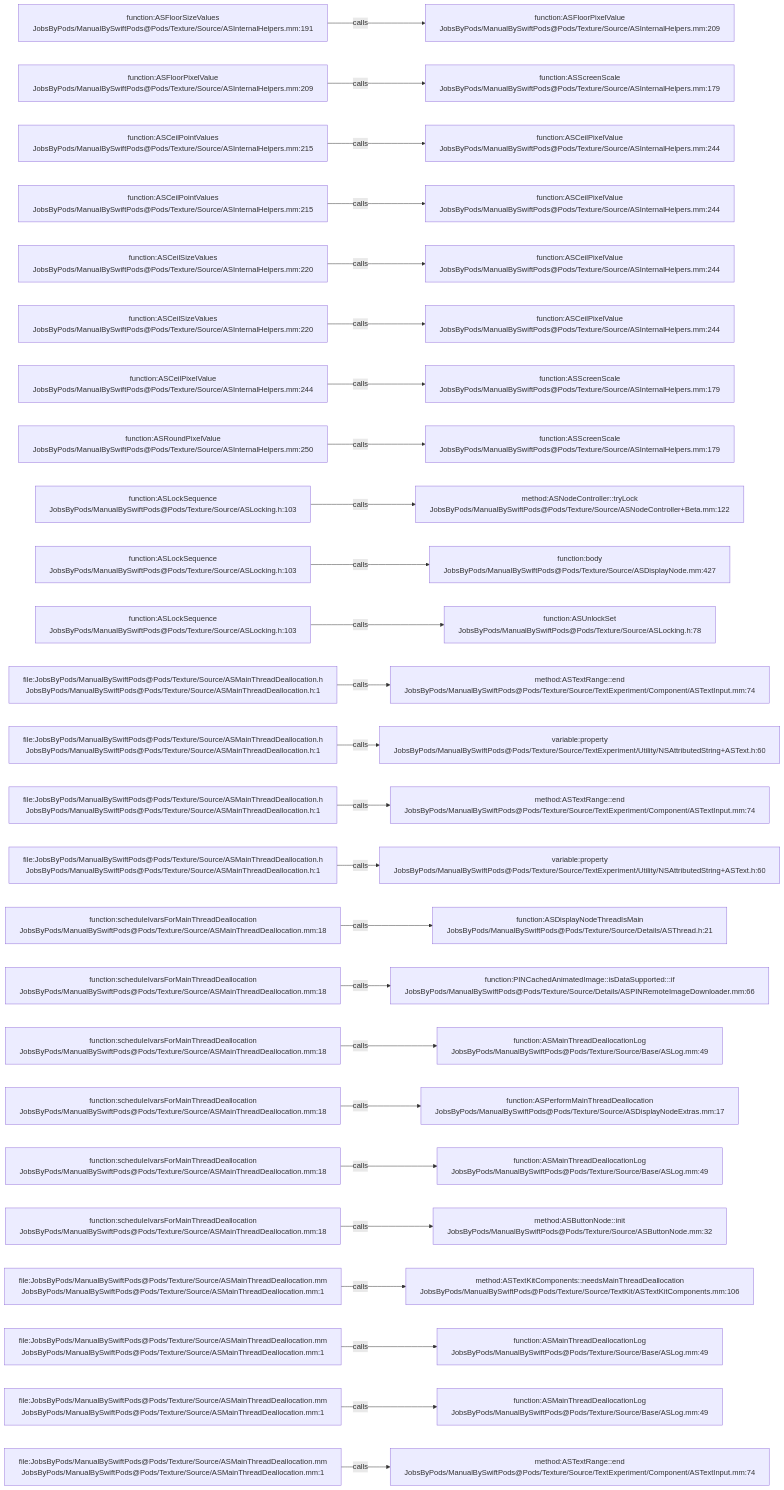
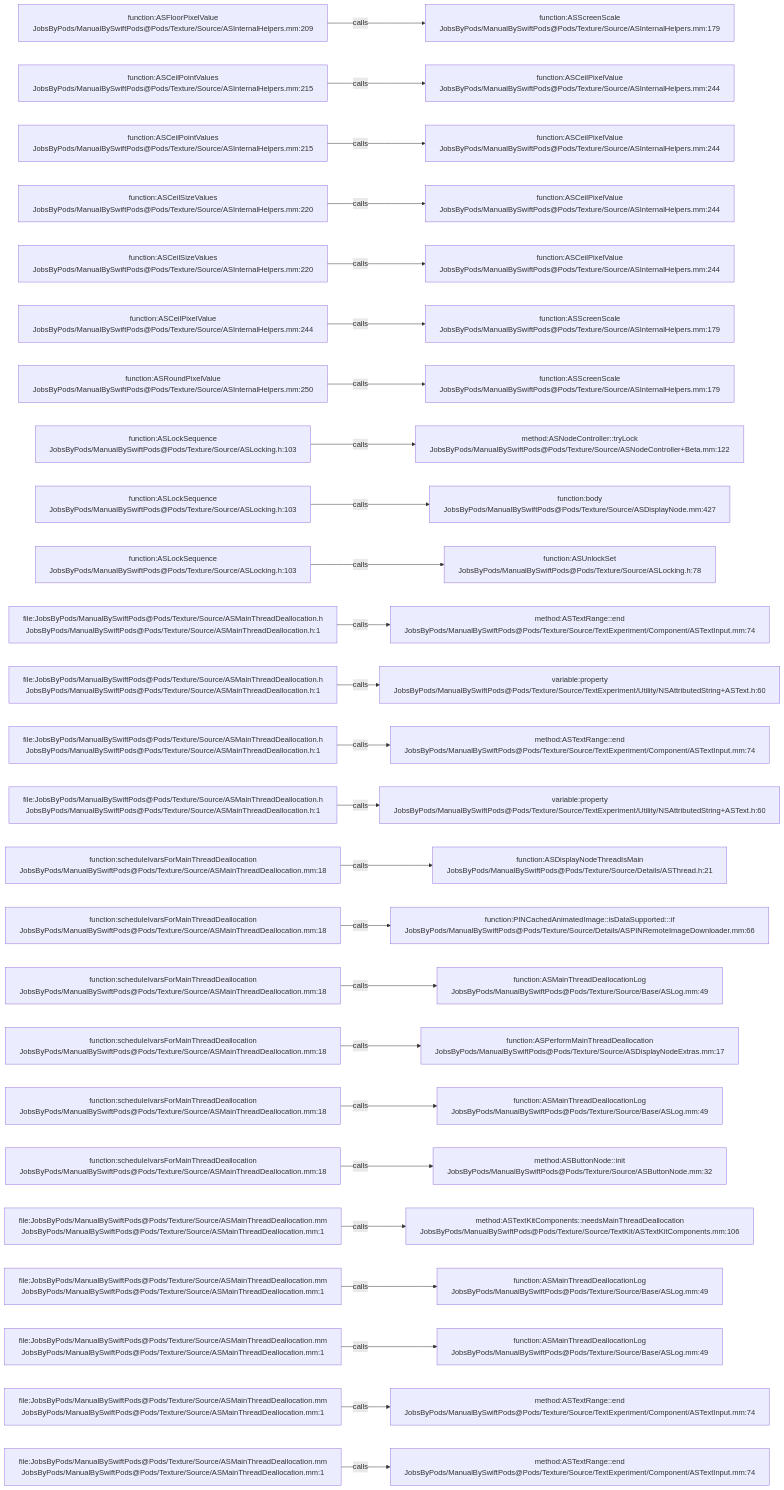
The diagram in .codegraph/codegraph.md/graphs/calls-044.md (JobsKits/JobsSwiftBaseConfigDemo), drawn with Mermaid before and after one commit. The commit also changed 747 other files, not shown here.

````diff
--- a/.codegraph/codegraph.md/graphs/calls-044.md
+++ b/.codegraph/codegraph.md/graphs/calls-044.md
@@ -13,78 +13,78 @@
 ```mermaid
 flowchart LR
-  S1["function:ASFloorSizeValues<br/>JobsByPods/ManualBySwiftPods@Pods/Texture/Source/ASInternalHelpers.mm:191"]
-  T1["function:ASFloorPixelValue<br/>JobsByPods/ManualBySwiftPods@Pods/Texture/Source/ASInternalHelpers.mm:209"]
+  S1["function:ASFloorPixelValue<br/>JobsByPods/ManualBySwiftPods@Pods/Texture/Source/ASInternalHelpers.mm:209"]
+  T1["function:ASScreenScale<br/>JobsByPods/ManualBySwiftPods@Pods/Texture/Source/ASInternalHelpers.mm:179"]
   S1 -->|calls| T1
-  S2["function:ASFloorPixelValue<br/>JobsByPods/ManualBySwiftPods@Pods/Texture/Source/ASInternalHelpers.mm:209"]
-  T2["function:ASScreenScale<br/>JobsByPods/ManualBySwiftPods@Pods/Texture/Source/ASInternalHelpers.mm:179"]
+  S2["function:ASCeilPointValues<br/>JobsByPods/ManualBySwiftPods@Pods/Texture/Source/ASInternalHelpers.mm:215"]
+  T2["function:ASCeilPixelValue<br/>JobsByPods/ManualBySwiftPods@Pods/Texture/Source/ASInternalHelpers.mm:244"]
   S2 -->|calls| T2
   S3["function:ASCeilPointValues<br/>JobsByPods/ManualBySwiftPods@Pods/Texture/Source/ASInternalHelpers.mm:215"]
   T3["function:ASCeilPixelValue<br/>JobsByPods/ManualBySwiftPods@Pods/Texture/Source/ASInternalHelpers.mm:244"]
   S3 -->|calls| T3
-  S4["function:ASCeilPointValues<br/>JobsByPods/ManualBySwiftPods@Pods/Texture/Source/ASInternalHelpers.mm:215"]
+  S4["function:ASCeilSizeValues<br/>JobsByPods/ManualBySwiftPods@Pods/Texture/Source/ASInternalHelpers.mm:220"]
   T4["function:ASCeilPixelValue<br/>JobsByPods/ManualBySwiftPods@Pods/Texture/Source/ASInternalHelpers.mm:244"]
   S4 -->|calls| T4
   S5["function:ASCeilSizeValues<br/>JobsByPods/ManualBySwiftPods@Pods/Texture/Source/ASInternalHelpers.mm:220"]
   T5["function:ASCeilPixelValue<br/>JobsByPods/ManualBySwiftPods@Pods/Texture/Source/ASInternalHelpers.mm:244"]
   S5 -->|calls| T5
-  S6["function:ASCeilSizeValues<br/>JobsByPods/ManualBySwiftPods@Pods/Texture/Source/ASInternalHelpers.mm:220"]
-  T6["function:ASCeilPixelValue<br/>JobsByPods/ManualBySwiftPods@Pods/Texture/Source/ASInternalHelpers.mm:244"]
+  S6["function:ASCeilPixelValue<br/>JobsByPods/ManualBySwiftPods@Pods/Texture/Source/ASInternalHelpers.mm:244"]
+  T6["function:ASScreenScale<br/>JobsByPods/ManualBySwiftPods@Pods/Texture/Source/ASInternalHelpers.mm:179"]
   S6 -->|calls| T6
-  S7["function:ASCeilPixelValue<br/>JobsByPods/ManualBySwiftPods@Pods/Texture/Source/ASInternalHelpers.mm:244"]
+  S7["function:ASRoundPixelValue<br/>JobsByPods/ManualBySwiftPods@Pods/Texture/Source/ASInternalHelpers.mm:250"]
   T7["function:ASScreenScale<br/>JobsByPods/ManualBySwiftPods@Pods/Texture/Source/ASInternalHelpers.mm:179"]
   S7 -->|calls| T7
-  S8["function:ASRoundPixelValue<br/>JobsByPods/ManualBySwiftPods@Pods/Texture/Source/ASInternalHelpers.mm:250"]
-  T8["function:ASScreenScale<br/>JobsByPods/ManualBySwiftPods@Pods/Texture/Source/ASInternalHelpers.mm:179"]
+  S8["function:ASLockSequence<br/>JobsByPods/ManualBySwiftPods@Pods/Texture/Source/ASLocking.h:103"]
+  T8["method:ASNodeController::tryLock<br/>JobsByPods/ManualBySwiftPods@Pods/Texture/Source/ASNodeController+Beta.mm:122"]
   S8 -->|calls| T8
   S9["function:ASLockSequence<br/>JobsByPods/ManualBySwiftPods@Pods/Texture/Source/ASLocking.h:103"]
-  T9["method:ASNodeController::tryLock<br/>JobsByPods/ManualBySwiftPods@Pods/Texture/Source/ASNodeController+Beta.mm:122"]
+  T9["function:body<br/>JobsByPods/ManualBySwiftPods@Pods/Texture/Source/ASDisplayNode.mm:427"]
   S9 -->|calls| T9
   S10["function:ASLockSequence<br/>JobsByPods/ManualBySwiftPods@Pods/Texture/Source/ASLocking.h:103"]
-  T10["function:body<br/>JobsByPods/ManualBySwiftPods@Pods/Texture/Source/ASDisplayNode.mm:427"]
+  T10["function:ASUnlockSet<br/>JobsByPods/ManualBySwiftPods@Pods/Texture/Source/ASLocking.h:78"]
   S10 -->|calls| T10
-  S11["function:ASLockSequence<br/>JobsByPods/ManualBySwiftPods@Pods/Texture/Source/ASLocking.h:103"]
-  T11["function:ASUnlockSet<br/>JobsByPods/ManualBySwiftPods@Pods/Texture/Source/ASLocking.h:78"]
+  S11["file:JobsByPods/ManualBySwiftPods@Pods/Texture/Source/ASMainThreadDeallocation.h<br/>JobsByPods/ManualBySwiftPods@Pods/Texture/Source/ASMainThreadDeallocation.h:1"]
+  T11["method:ASTextRange::end<br/>JobsByPods/ManualBySwiftPods@Pods/Texture/Source/TextExperiment/Component/ASTextInput.mm:74"]
   S11 -->|calls| T11
   S12["file:JobsByPods/ManualBySwiftPods@Pods/Texture/Source/ASMainThreadDeallocation.h<br/>JobsByPods/ManualBySwiftPods@Pods/Texture/Source/ASMainThreadDeallocation.h:1"]
-  T12["method:ASTextRange::end<br/>JobsByPods/ManualBySwiftPods@Pods/Texture/Source/TextExperiment/Component/ASTextInput.mm:74"]
+  T12["variable:property<br/>JobsByPods/ManualBySwiftPods@Pods/Texture/Source/TextExperiment/Utility/NSAttributedString+ASText.h:60"]
   S12 -->|calls| T12
   S13["file:JobsByPods/ManualBySwiftPods@Pods/Texture/Source/ASMainThreadDeallocation.h<br/>JobsByPods/ManualBySwiftPods@Pods/Texture/Source/ASMainThreadDeallocation.h:1"]
-  T13["variable:property<br/>JobsByPods/ManualBySwiftPods@Pods/Texture/Source/TextExperiment/Utility/NSAttributedString+ASText.h:60"]
+  T13["method:ASTextRange::end<br/>JobsByPods/ManualBySwiftPods@Pods/Texture/Source/TextExperiment/Component/ASTextInput.mm:74"]
   S13 -->|calls| T13
   S14["file:JobsByPods/ManualBySwiftPods@Pods/Texture/Source/ASMainThreadDeallocation.h<br/>JobsByPods/ManualBySwiftPods@Pods/Texture/Source/ASMainThreadDeallocation.h:1"]
-  T14["method:ASTextRange::end<br/>JobsByPods/ManualBySwiftPods@Pods/Texture/Source/TextExperiment/Component/ASTextInput.mm:74"]
+  T14["variable:property<br/>JobsByPods/ManualBySwiftPods@Pods/Texture/Source/TextExperiment/Utility/NSAttributedString+ASText.h:60"]
   S14 -->|calls| T14
-  S15["file:JobsByPods/ManualBySwiftPods@Pods/Texture/Source/ASMainThreadDeallocation.h<br/>JobsByPods/ManualBySwiftPods@Pods/Texture/Source/ASMainThreadDeallocation.h:1"]
-  T15["variable:property<br/>JobsByPods/ManualBySwiftPods@Pods/Texture/Source/TextExperiment/Utility/NSAttributedString+ASText.h:60"]
+  S15["function:scheduleIvarsForMainThreadDeallocation<br/>JobsByPods/ManualBySwiftPods@Pods/Texture/Source/ASMainThreadDeallocation.mm:18"]
+  T15["function:ASDisplayNodeThreadIsMain<br/>JobsByPods/ManualBySwiftPods@Pods/Texture/Source/Details/ASThread.h:21"]
   S15 -->|calls| T15
   S16["function:scheduleIvarsForMainThreadDeallocation<br/>JobsByPods/ManualBySwiftPods@Pods/Texture/Source/ASMainThreadDeallocation.mm:18"]
-  T16["function:ASDisplayNodeThreadIsMain<br/>JobsByPods/ManualBySwiftPods@Pods/Texture/Source/Details/ASThread.h:21"]
+  T16["function:PINCachedAnimatedImage::isDataSupported:::if<br/>JobsByPods/ManualBySwiftPods@Pods/Texture/Source/Details/ASPINRemoteImageDownloader.mm:66"]
   S16 -->|calls| T16
   S17["function:scheduleIvarsForMainThreadDeallocation<br/>JobsByPods/ManualBySwiftPods@Pods/Texture/Source/ASMainThreadDeallocation.mm:18"]
-  T17["function:PINCachedAnimatedImage::isDataSupported:::if<br/>JobsByPods/ManualBySwiftPods@Pods/Texture/Source/Details/ASPINRemoteImageDownloader.mm:66"]
+  T17["function:ASMainThreadDeallocationLog<br/>JobsByPods/ManualBySwiftPods@Pods/Texture/Source/Base/ASLog.mm:49"]
   S17 -->|calls| T17
   S18["function:scheduleIvarsForMainThreadDeallocation<br/>JobsByPods/ManualBySwiftPods@Pods/Texture/Source/ASMainThreadDeallocation.mm:18"]
-  T18["function:ASMainThreadDeallocationLog<br/>JobsByPods/ManualBySwiftPods@Pods/Texture/Source/Base/ASLog.mm:49"]
+  T18["function:ASPerformMainThreadDeallocation<br/>JobsByPods/ManualBySwiftPods@Pods/Texture/Source/ASDisplayNodeExtras.mm:17"]
   S18 -->|calls| T18
   S19["function:scheduleIvarsForMainThreadDeallocation<br/>JobsByPods/ManualBySwiftPods@Pods/Texture/Source/ASMainThreadDeallocation.mm:18"]
-  T19["function:ASPerformMainThreadDeallocation<br/>JobsByPods/ManualBySwiftPods@Pods/Texture/Source/ASDisplayNodeExtras.mm:17"]
+  T19["function:ASMainThreadDeallocationLog<br/>JobsByPods/ManualBySwiftPods@Pods/Texture/Source/Base/ASLog.mm:49"]
   S19 -->|calls| T19
   S20["function:scheduleIvarsForMainThreadDeallocation<br/>JobsByPods/ManualBySwiftPods@Pods/Texture/Source/ASMainThreadDeallocation.mm:18"]
-  T20["function:ASMainThreadDeallocationLog<br/>JobsByPods/ManualBySwiftPods@Pods/Texture/Source/Base/ASLog.mm:49"]
+  T20["method:ASButtonNode::init<br/>JobsByPods/ManualBySwiftPods@Pods/Texture/Source/ASButtonNode.mm:32"]
   S20 -->|calls| T20
-  S21["function:scheduleIvarsForMainThreadDeallocation<br/>JobsByPods/ManualBySwiftPods@Pods/Texture/Source/ASMainThreadDeallocation.mm:18"]
-  T21["method:ASButtonNode::init<br/>JobsByPods/ManualBySwiftPods@Pods/Texture/Source/ASButtonNode.mm:32"]
+  S21["file:JobsByPods/ManualBySwiftPods@Pods/Texture/Source/ASMainThreadDeallocation.mm<br/>JobsByPods/ManualBySwiftPods@Pods/Texture/Source/ASMainThreadDeallocation.mm:1"]
+  T21["method:ASTextKitComponents::needsMainThreadDeallocation<br/>JobsByPods/ManualBySwiftPods@Pods/Texture/Source/TextKit/ASTextKitComponents.mm:106"]
   S21 -->|calls| T21
   S22["file:JobsByPods/ManualBySwiftPods@Pods/Texture/Source/ASMainThreadDeallocation.mm<br/>JobsByPods/ManualBySwiftPods@Pods/Texture/Source/ASMainThreadDeallocation.mm:1"]
-  T22["method:ASTextKitComponents::needsMainThreadDeallocation<br/>JobsByPods/ManualBySwiftPods@Pods/Texture/Source/TextKit/ASTextKitComponents.mm:106"]
+  T22["function:ASMainThreadDeallocationLog<br/>JobsByPods/ManualBySwiftPods@Pods/Texture/Source/Base/ASLog.mm:49"]
   S22 -->|calls| T22
   S23["file:JobsByPods/ManualBySwiftPods@Pods/Texture/Source/ASMainThreadDeallocation.mm<br/>JobsByPods/ManualBySwiftPods@Pods/Texture/Source/ASMainThreadDeallocation.mm:1"]
   T23["function:ASMainThreadDeallocationLog<br/>JobsByPods/ManualBySwiftPods@Pods/Texture/Source/Base/ASLog.mm:49"]
   S23 -->|calls| T23
   S24["file:JobsByPods/ManualBySwiftPods@Pods/Texture/Source/ASMainThreadDeallocation.mm<br/>JobsByPods/ManualBySwiftPods@Pods/Texture/Source/ASMainThreadDeallocation.mm:1"]
-  T24["function:ASMainThreadDeallocationLog<br/>JobsByPods/ManualBySwiftPods@Pods/Texture/Source/Base/ASLog.mm:49"]
+  T24["method:ASTextRange::end<br/>JobsByPods/ManualBySwiftPods@Pods/Texture/Source/TextExperiment/Component/ASTextInput.mm:74"]
   S24 -->|calls| T24
   S25["file:JobsByPods/ManualBySwiftPods@Pods/Texture/Source/ASMainThreadDeallocation.mm<br/>JobsByPods/ManualBySwiftPods@Pods/Texture/Source/ASMainThreadDeallocation.mm:1"]
   T25["method:ASTextRange::end<br/>JobsByPods/ManualBySwiftPods@Pods/Texture/Source/TextExperiment/Component/ASTextInput.mm:74"]
   S25 -->|calls| T25
 ```
````
